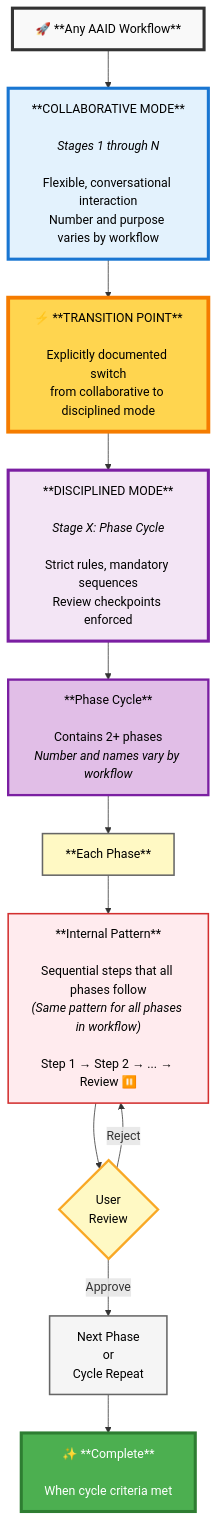
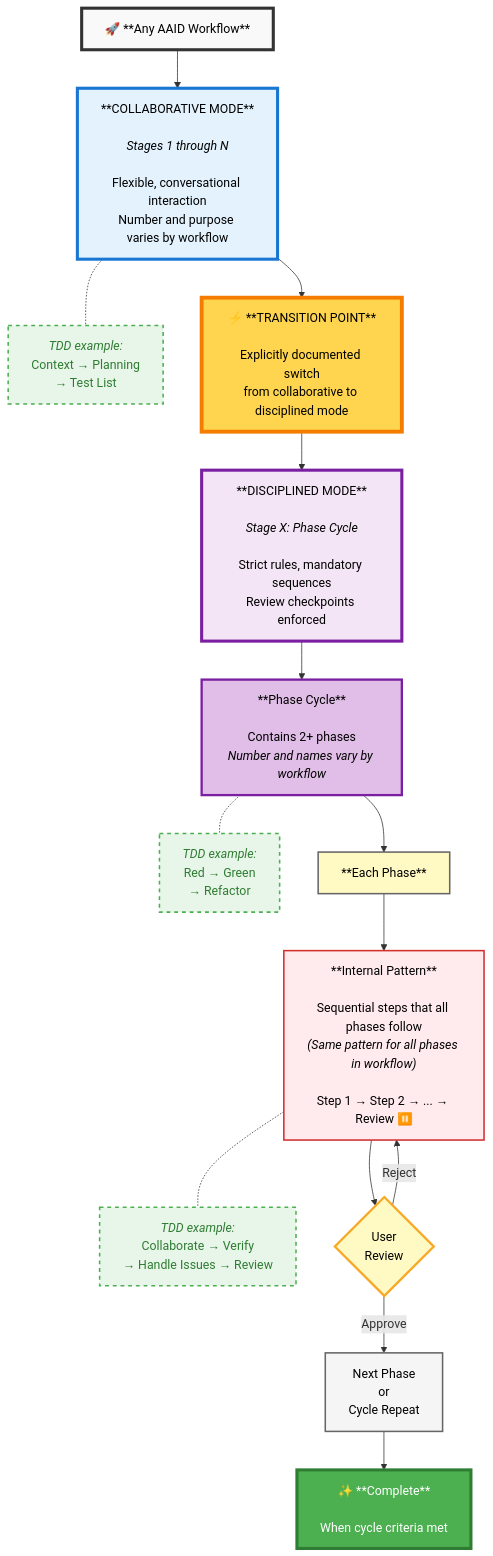
One commit to dawid-dahl-umain/aaid-collaboration changed the diagram in docs/aaid-collaboration.md. Above: the diagram before and after it, drawn with Mermaid. The commit also changed other lines of this file, not shown here.

Commit message:
docs(aaid-collaboration): Add TDD examples to collaborative and disciplined modes for enhanced understanding of workflow stages

````diff
--- a/docs/aaid-collaboration.md
+++ b/docs/aaid-collaboration.md
@@ -67,36 +67,49 @@
 ```mermaid
 graph TD
     Start["🚀 **Any AAID Workflow**"]
 
     Start --> CollabZone["**COLLABORATIVE MODE**<br/><br/><i>Stages 1 through N</i><br/><br/>Flexible, conversational interaction<br/>Number and purpose varies by workflow"]
+
+    Ex1["<i>TDD example:</i><br/>Context → Planning<br/>→ Test List"]
+    CollabZone -.- Ex1
 
     CollabZone --> Transition["⚡ **TRANSITION POINT**<br/><br/>Explicitly documented switch<br/>from collaborative to disciplined mode"]
 
     Transition --> DisciplinedZone["**DISCIPLINED MODE**<br/><br/><i>Stage X: Phase Cycle</i><br/><br/>Strict rules, mandatory sequences<br/>Review checkpoints enforced"]
 
     DisciplinedZone --> PhaseCycle["**Phase Cycle**<br/><br/>Contains 2+ phases<br/><i>Number and names vary by workflow</i>"]
 
+    Ex2["<i>TDD example:</i><br/>Red → Green<br/>→ Refactor"]
+    PhaseCycle -.- Ex2
+
     PhaseCycle --> PhaseBox["**Each Phase**"]
 
     PhaseBox --> Pattern["**Internal Pattern**<br/><br/>Sequential steps that all phases follow<br/><i>(Same pattern for all phases in workflow)</i><br/><br/>Step 1 → Step 2 → ... → Review ⏸️"]
+
+    Ex3["<i>TDD example:</i><br/>Collaborate → Verify<br/>→ Handle Issues → Review"]
+    Pattern -.- Ex3
 
     Pattern --> Review{"User<br/>Review"}
     Review -->|Reject| Pattern
     Review -->|Approve| NextPhase["Next Phase<br/>or<br/>Cycle Repeat"]
 
     NextPhase --> Complete["✨ **Complete**<br/><br/>When cycle criteria met"]
 
     %% STYLES
     style Start fill:#f9f9f9,stroke:#333,stroke-width:4px,color:#000
 
     style CollabZone fill:#e3f2fd,stroke:#1976d2,stroke-width:4px,color:#000
     style Transition fill:#ffd54f,stroke:#f57c00,stroke-width:5px,color:#000
     style DisciplinedZone fill:#f3e5f5,stroke:#7b1fa2,stroke-width:4px,color:#000
 
     style PhaseCycle fill:#e1bee7,stroke:#7b1fa2,stroke-width:3px,color:#000
     style PhaseBox fill:#fff9c4,stroke:#666,stroke-width:2px,color:#000
     style Pattern fill:#ffebee,stroke:#d32f2f,stroke-width:2px,color:#000
     style Review fill:#fff9c4,stroke:#f9a825,stroke-width:3px,color:#000
     style NextPhase fill:#f5f5f5,stroke:#666,stroke-width:2px,color:#000
     style Complete fill:#4caf50,stroke:#2e7d32,stroke-width:4px,color:#fff
+
+    style Ex1 fill:#e8f5e9,stroke:#4caf50,stroke-width:2px,stroke-dasharray: 5 5,color:#2e7d32
+    style Ex2 fill:#e8f5e9,stroke:#4caf50,stroke-width:2px,stroke-dasharray: 5 5,color:#2e7d32
+    style Ex3 fill:#e8f5e9,stroke:#4caf50,stroke-width:2px,stroke-dasharray: 5 5,color:#2e7d32
 ```
````
